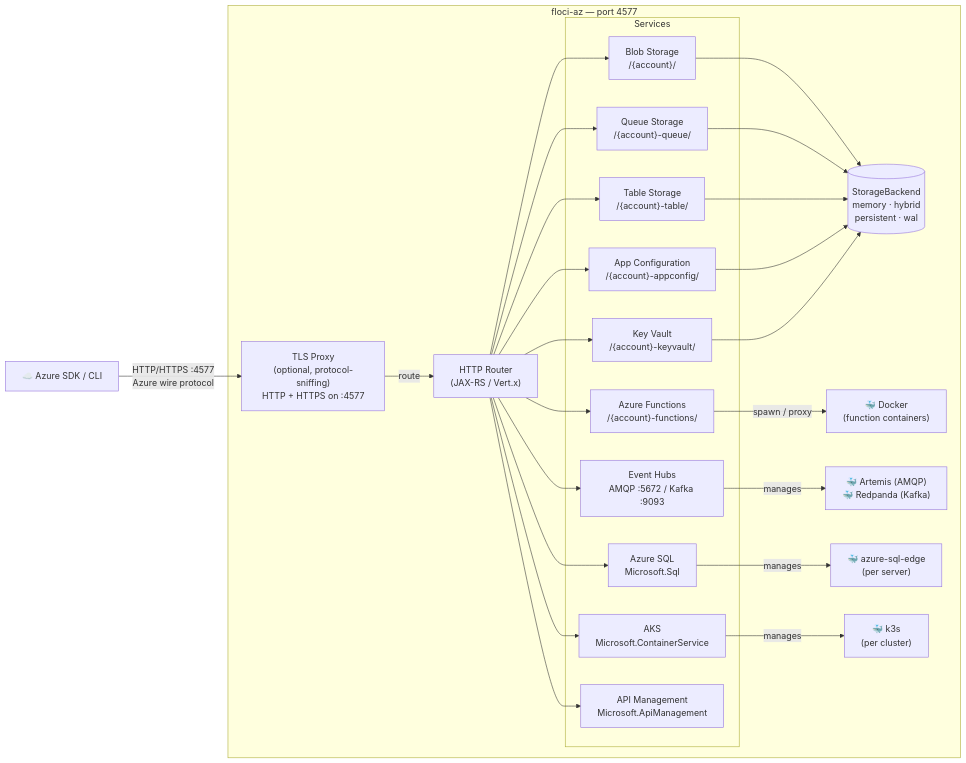
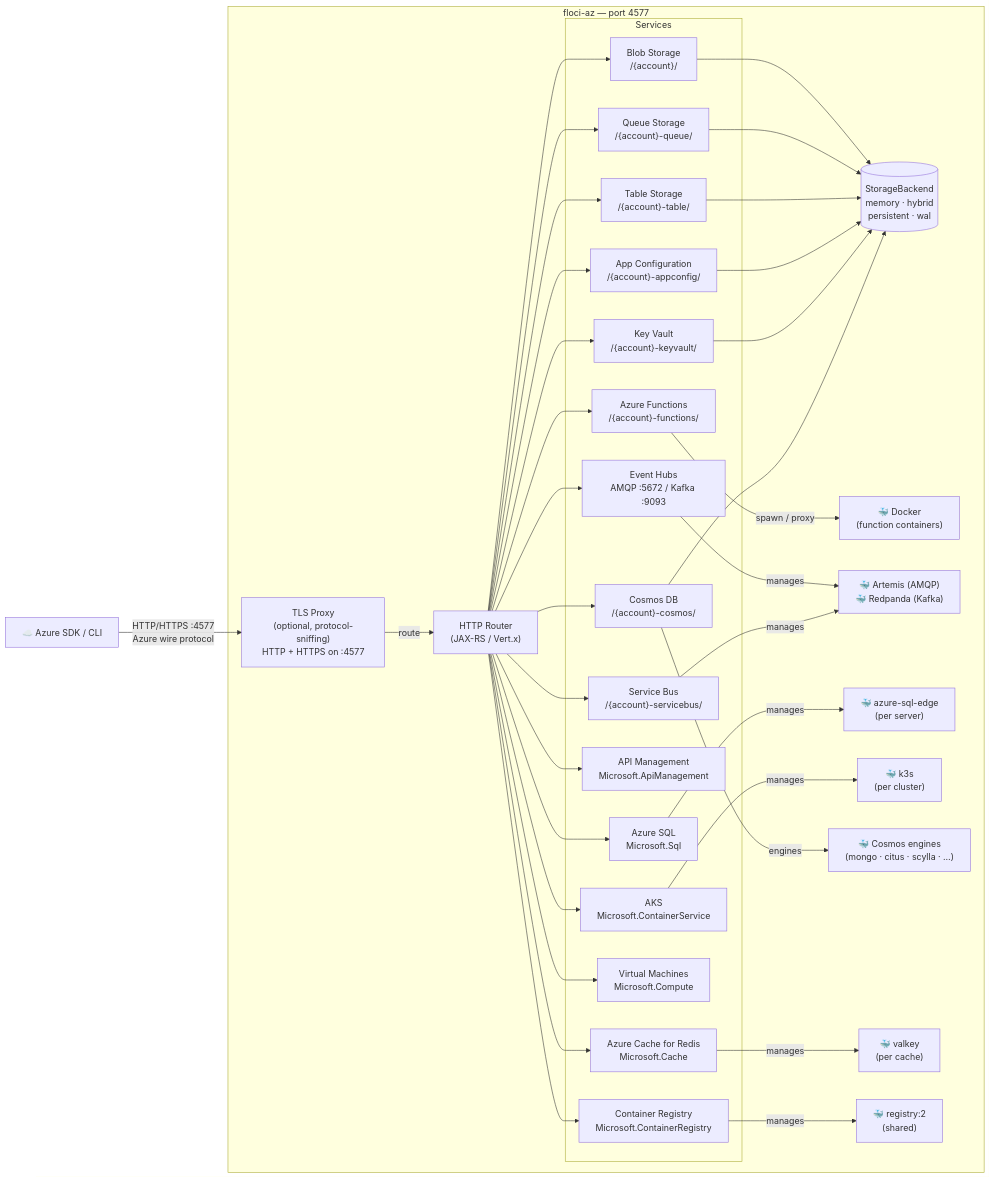
The diagram in README.md (SchwartzKamel/floci-az), drawn with Mermaid before and after one commit. The commit also changed other lines of this file and 5 other files, not shown here.

First line of the commit message:
docs: list all services (Service Bus, API Management) and add Umami analytics (#52)

````diff
--- a/README.md
+++ b/README.md
@@ -161,41 +162,54 @@
 ```mermaid
 flowchart LR
     Client["☁️ Azure SDK / CLI"]
 
     subgraph floci-az ["floci-az — port 4577"]
         Proxy["TLS Proxy\n(optional, protocol-sniffing)\nHTTP + HTTPS on :4577"]
         Router["HTTP Router\n(JAX-RS / Vert.x)"]
 
         subgraph Services ["Services"]
             A["Blob Storage\n/{account}/"]
             B["Queue Storage\n/{account}-queue/"]
             C["Table Storage\n/{account}-table/"]
             D["Azure Functions\n/{account}-functions/"]
             E["App Configuration\n/{account}-appconfig/"]
             F["Key Vault\n/{account}-keyvault/"]
             G["Event Hubs\nAMQP :5672 / Kafka :9093"]
             H["Azure SQL\nMicrosoft.Sql"]
             I["AKS\nMicrosoft.ContainerService"]
             J["API Management\nMicrosoft.ApiManagement"]
+            K["Cosmos DB\n/{account}-cosmos/"]
+            L["Service Bus\n/{account}-servicebus/"]
+            M["Virtual Machines\nMicrosoft.Compute"]
+            N["Azure Cache for Redis\nMicrosoft.Cache"]
+            O["Container Registry\nMicrosoft.ContainerRegistry"]
         end
 
         Proxy -->|" route "| Router
         Router --> A
         Router --> B
         Router --> C
         Router --> D
         Router --> E
         Router --> F
         Router --> G
         Router --> H
         Router --> I
         Router --> J
-        A & B & C & E & F --> Store[("StorageBackend\nmemory · hybrid\npersistent · wal")]
+        Router --> K
+        Router --> L
+        Router --> M
+        Router --> N
+        Router --> O
+        A & B & C & E & F & K --> Store[("StorageBackend\nmemory · hybrid\npersistent · wal")]
         D -->|" spawn / proxy "| Docker["🐳 Docker\n(function containers)"]
-        G -->|" manages "| Sidecars["🐳 Artemis (AMQP)\n🐳 Redpanda (Kafka)"]
+        G & L -->|" manages "| Sidecars["🐳 Artemis (AMQP)\n🐳 Redpanda (Kafka)"]
         H -->|" manages "| SqlContainers["🐳 azure-sql-edge\n(per server)"]
         I -->|" manages "| K3s["🐳 k3s\n(per cluster)"]
+        K -->|" engines "| CosmosEngines["🐳 Cosmos engines\n(mongo · citus · scylla · …)"]
+        N -->|" manages "| RedisC["🐳 valkey\n(per cache)"]
+        O -->|" manages "| RegistryC["🐳 registry:2\n(shared)"]
     end
 
     Client -->|" HTTP/HTTPS :4577\nAzure wire protocol "| Proxy
 ```
````
